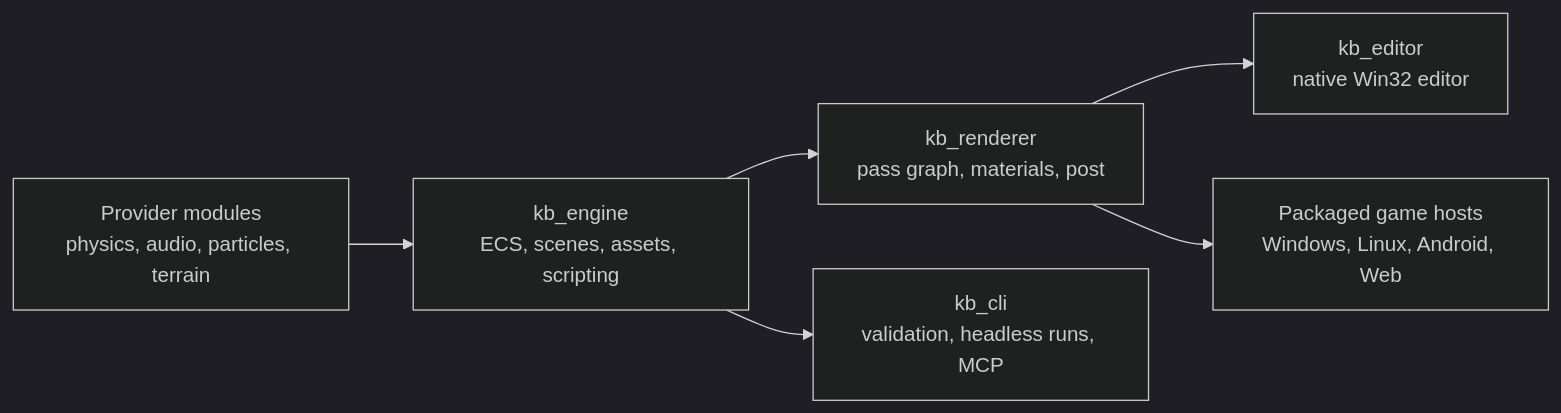
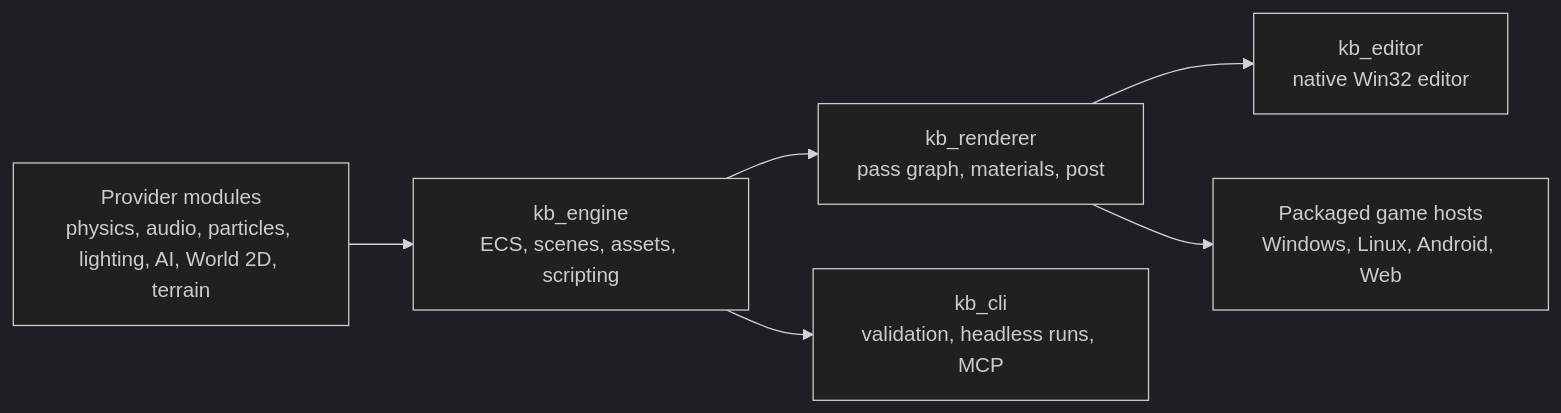
Before and after one commit to WojciechKownacki/21kb-Engine: the diagram in README.md, drawn with Mermaid (dark theme). The commit also changed other lines of this file, not shown here.

````diff
--- a/README.md
+++ b/README.md
@@ -180,8 +171,8 @@
 ```mermaid
 flowchart LR
   engine["kb_engine<br/>ECS, scenes, assets, scripting"] --> renderer["kb_renderer<br/>pass graph, materials, post"]
   renderer --> editor["kb_editor<br/>native Win32 editor"]
   renderer --> game["Packaged game hosts<br/>Windows, Linux, Android, Web"]
-  plugins["Provider modules<br/>physics, audio, particles, terrain"] --> engine
+  plugins["Provider modules<br/>physics, audio, particles, lighting, AI, World 2D, terrain"] --> engine
   engine --> cli["kb_cli<br/>validation, headless runs, MCP"]
 ```
````
